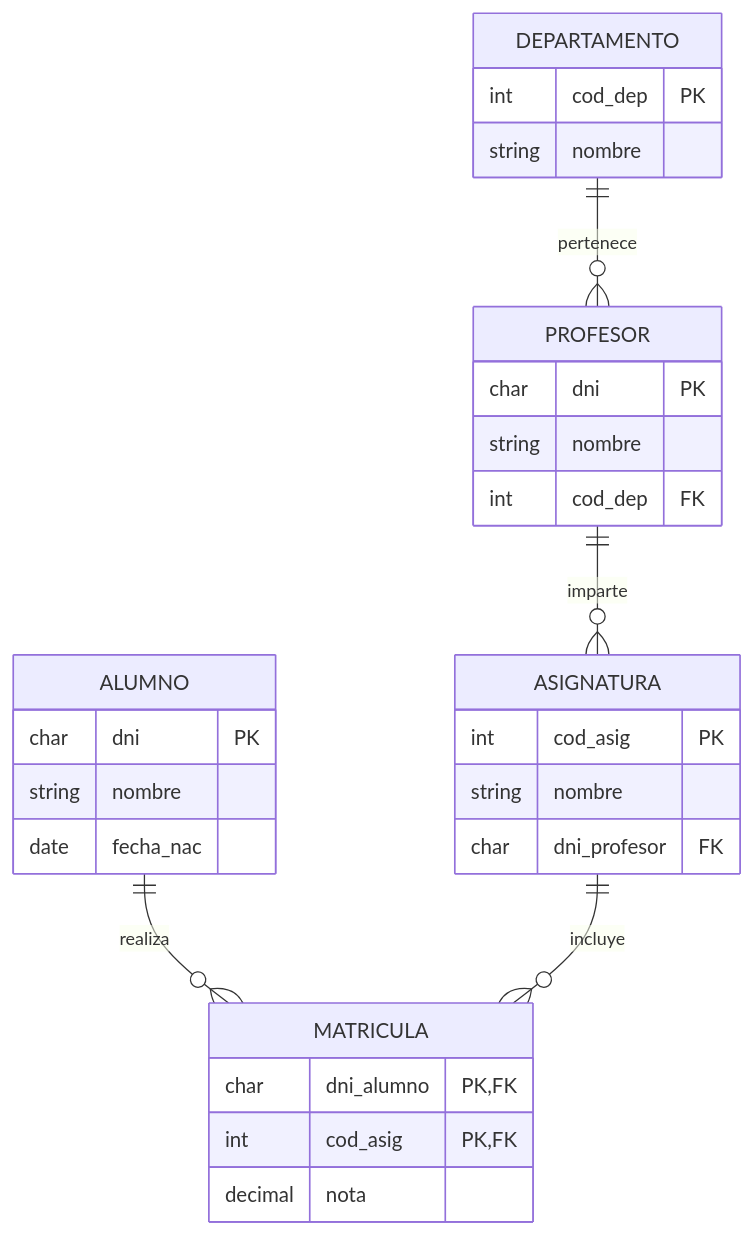
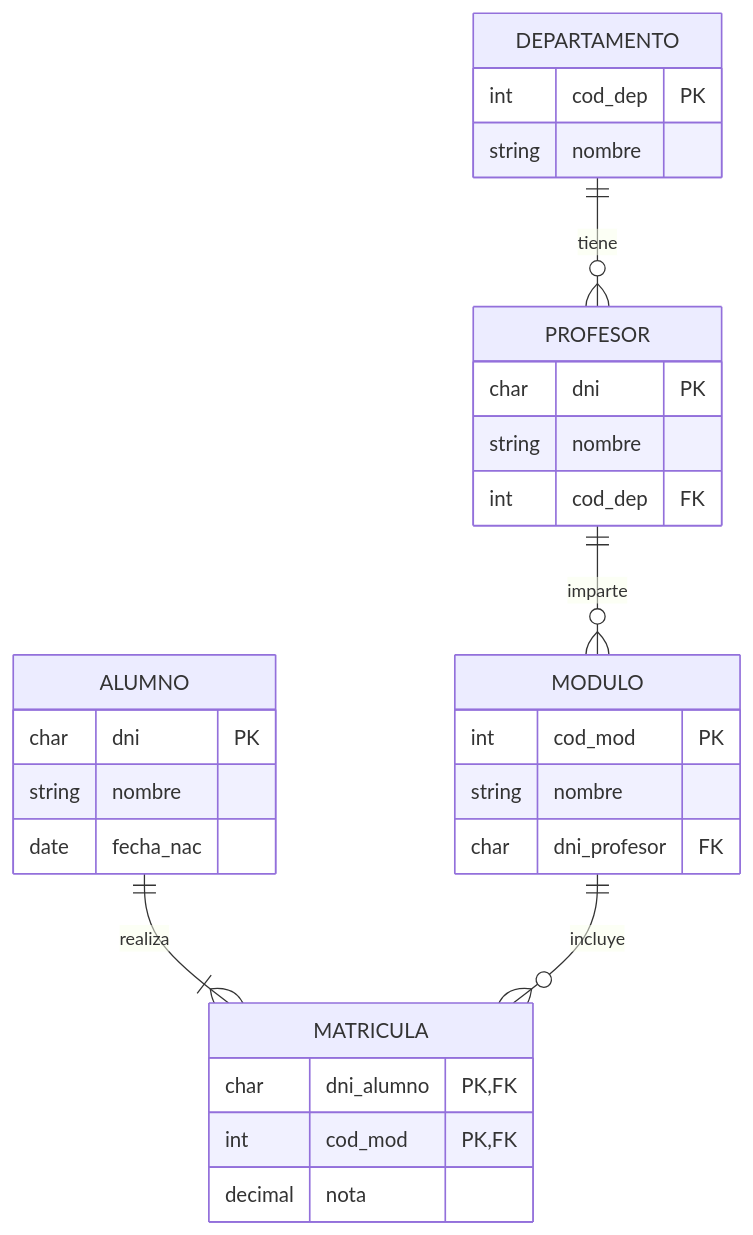
Before and after one commit to cizacas/GBD26-27-Apuntes: the tenth of 11 diagrams in gbd-apuntes/docs/UD2_Diseño_logico_de_bases_de_datos.md, drawn with Mermaid. The commit also changed other lines of this file, not shown here.

````diff
--- a/gbd-apuntes/docs/UD2_Diseño_logico_de_bases_de_datos.md
+++ b/gbd-apuntes/docs/UD2_Diseño_logico_de_bases_de_datos.md
@@ -340,31 +444,31 @@
 ```mermaid
 erDiagram
-    DEPARTAMENTO ||--o{ PROFESOR : "pertenece"
-    PROFESOR ||--o{ ASIGNATURA : "imparte"
-    ALUMNO ||--o{ MATRICULA : "realiza"
-    ASIGNATURA ||--o{ MATRICULA : "incluye"
+    DEPARTAMENTO ||--o{ PROFESOR : "tiene"
+    PROFESOR ||--o{ MODULO : "imparte"
+    ALUMNO ||--|{ MATRICULA : "realiza"
+    MODULO ||--o{ MATRICULA : "incluye"
     DEPARTAMENTO {
         int cod_dep PK
         string nombre
     }
     PROFESOR {
         char dni PK
         string nombre
         int cod_dep FK
     }
-    ASIGNATURA {
-        int cod_asig PK
+    MODULO {
+        int cod_mod PK
         string nombre
         char dni_profesor FK
     }
     ALUMNO {
         char dni PK
         string nombre
         date fecha_nac
     }
     MATRICULA {
         char dni_alumno PK, FK
-        int cod_asig PK, FK
+        int cod_mod PK, FK
         decimal nota
     }
 ```
````
